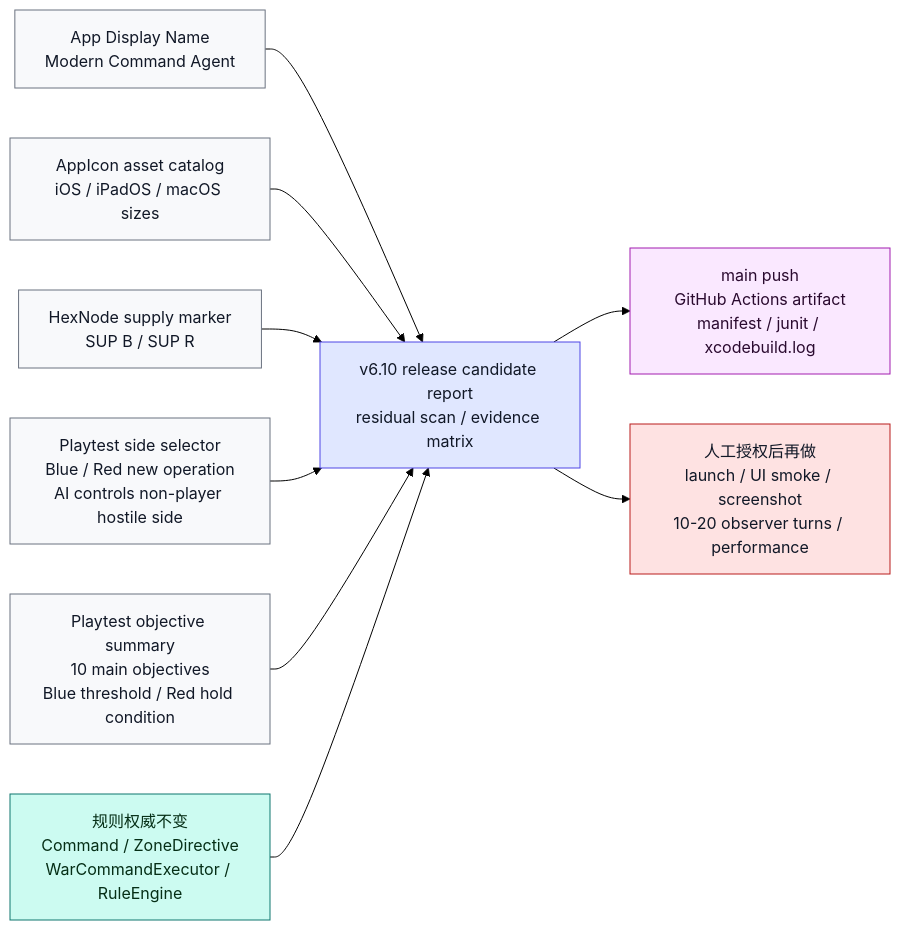
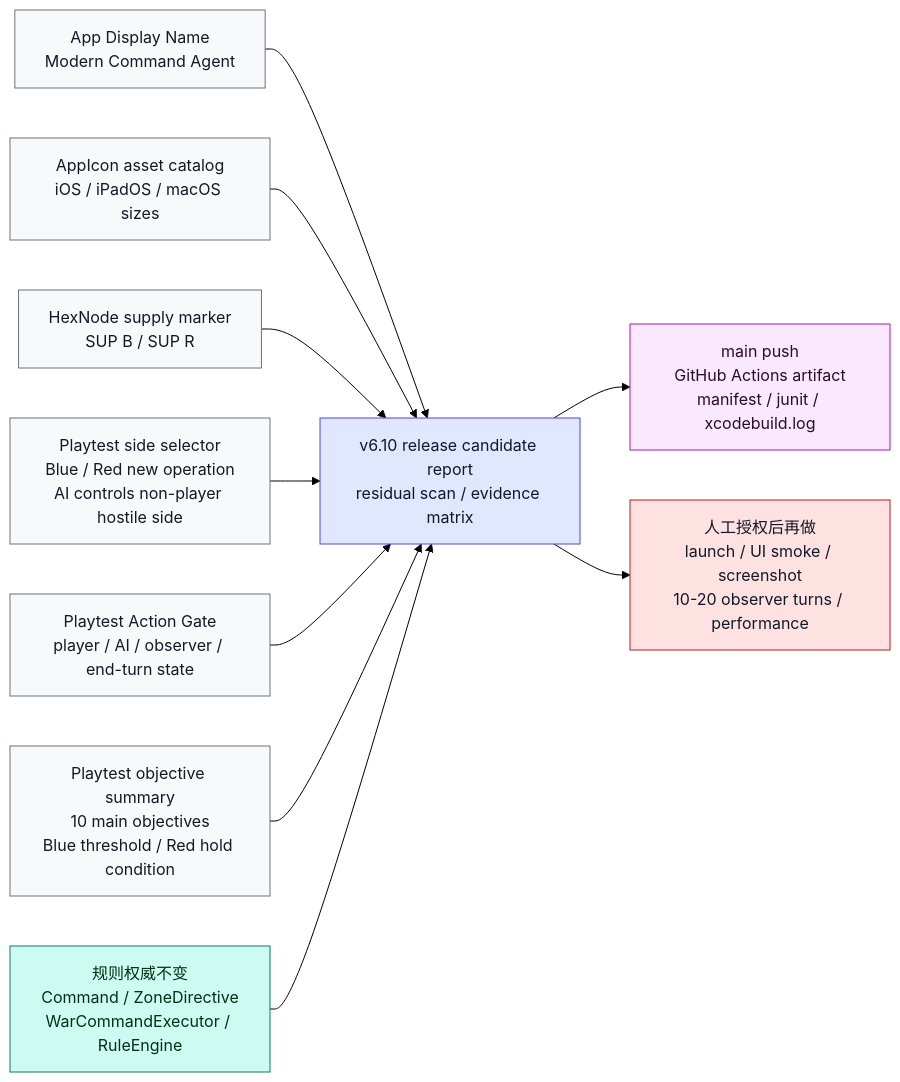
One commit to Altman-sam114/127 changed diagram 12 of 20 in md/flow/flowchart.md. Above: the diagram before and after it, drawn with Mermaid (forest theme). The commit also changed other lines of this file and 8 other files, not shown here.

Commit message:
feat: show playtest action gate

````diff
--- a/md/flow/flowchart.md
+++ b/md/flow/flowchart.md
@@ -358,27 +360,29 @@
 ```mermaid
 flowchart LR
     DISPLAY["App Display Name<br/>Modern Command Agent"]:::display
     ICON["AppIcon asset catalog<br/>iOS / iPadOS / macOS sizes"]:::display
     MAP["HexNode supply marker<br/>SUP B / SUP R"]:::display
     REPORT["v6.10 release candidate report<br/>residual scan / evidence matrix"]:::doc
     RULES["规则权威不变<br/>Command / ZoneDirective<br/>WarCommandExecutor / RuleEngine"]:::rules
     CLOUD["main push<br/>GitHub Actions artifact<br/>manifest / junit / xcodebuild.log"]:::cloud
     SIDE["Playtest side selector<br/>Blue / Red new operation<br/>AI controls non-player hostile side"]:::display
+    GATE["Playtest Action Gate<br/>player / AI / observer / end-turn state"]:::display
     OBJ["Playtest objective summary<br/>10 main objectives<br/>Blue threshold / Red hold condition"]:::display
     RUNTIME["人工授权后再做<br/>launch / UI smoke / screenshot<br/>10-20 observer turns / performance"]:::risk
 
     DISPLAY --> REPORT
     ICON --> REPORT
     MAP --> REPORT
     SIDE --> REPORT
+    GATE --> REPORT
     OBJ --> REPORT
     RULES --> REPORT
     REPORT --> CLOUD
     REPORT --> RUNTIME
 
     classDef display fill:#f8f9fb,stroke:#6b7280,color:#111827
     classDef doc fill:#e0e7ff,stroke:#4f46e5,color:#111827
     classDef rules fill:#ccfbf1,stroke:#0f766e,color:#052e16
     classDef cloud fill:#fae8ff,stroke:#a21caf,color:#2a0a2f
     classDef risk fill:#fee2e2,stroke:#b91c1c,color:#111827
 ```
````
